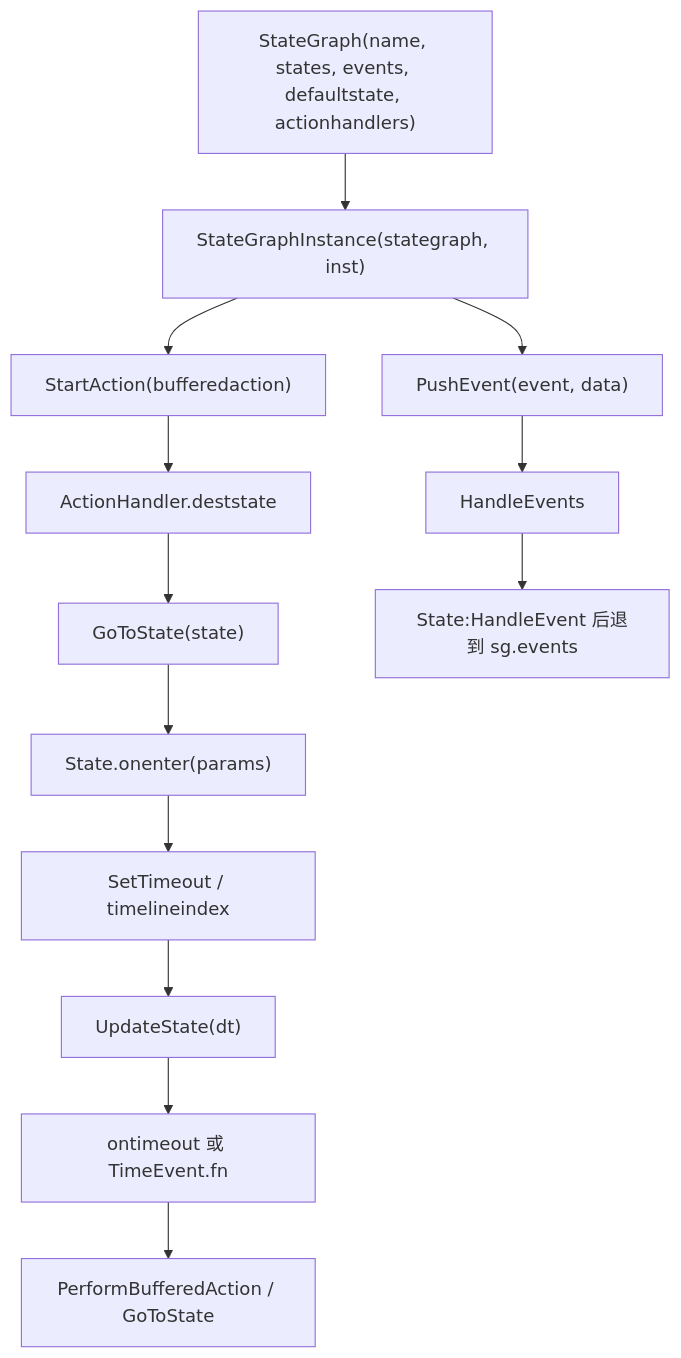
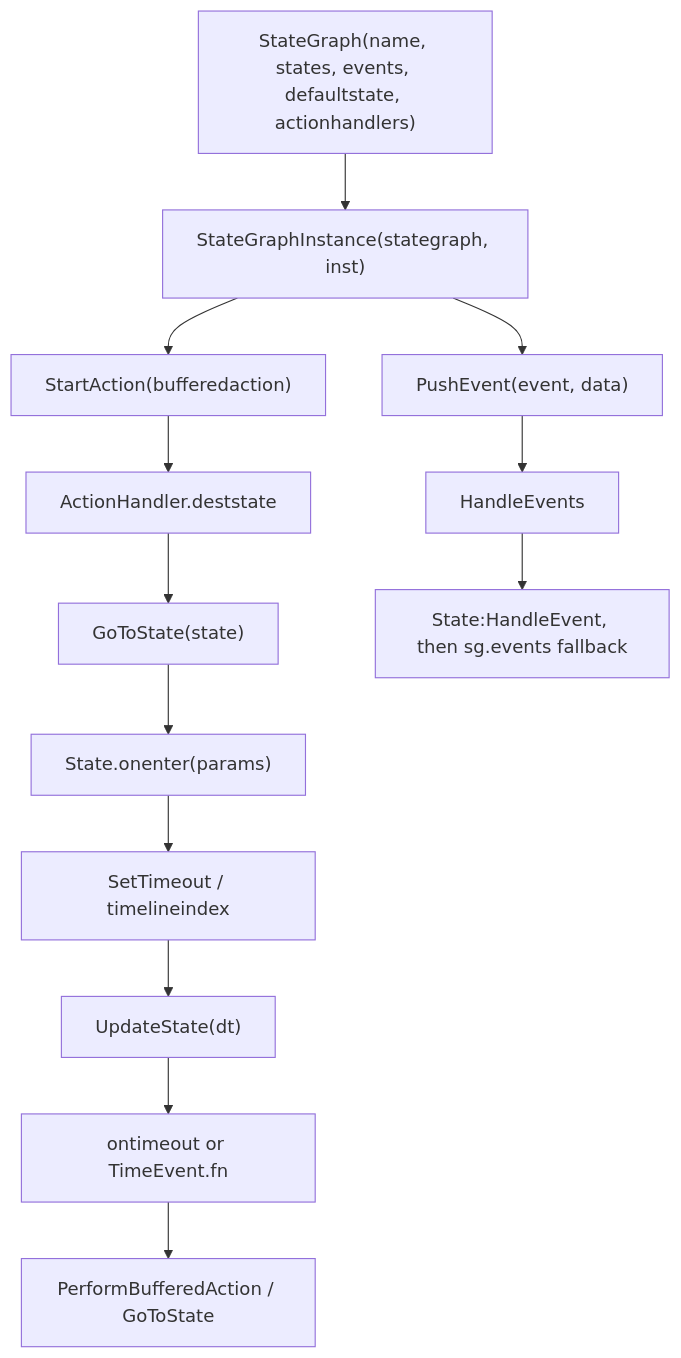
Before and after one commit to LetsStarveTogether/dst-server: the diagram in dst-scripts/index/0x4000-ai-animation/0x4100-stategraph/0x4101-stategraph-runtime.md, drawn with Mermaid. The commit also changed other lines of this file and 83 other files, not shown here.

```diff
--- a/dst-scripts/index/0x4000-ai-animation/0x4100-stategraph/0x4101-stategraph-runtime.md
+++ b/dst-scripts/index/0x4000-ai-animation/0x4100-stategraph/0x4101-stategraph-runtime.md
@@ -40,16 +40,16 @@
 ~~~mermaid
 flowchart TD
     A["StateGraph(name, states, events, defaultstate, actionhandlers)"]
     A --> B["StateGraphInstance(stategraph, inst)"]
     B --> C["StartAction(bufferedaction)"]
     C --> D["ActionHandler.deststate"]
     D --> E["GoToState(state)"]
     E --> F["State.onenter(params)"]
     F --> G["SetTimeout / timelineindex"]
     G --> H["UpdateState(dt)"]
-    H --> I["ontimeout 或 TimeEvent.fn"]
+    H --> I["ontimeout or TimeEvent.fn"]
     I --> J["PerformBufferedAction / GoToState"]
     B --> K["PushEvent(event, data)"]
     K --> L["HandleEvents"]
-    L --> M["State:HandleEvent 后退到 sg.events"]
+    L --> M["State:HandleEvent, then sg.events fallback"]
 ~~~
```
